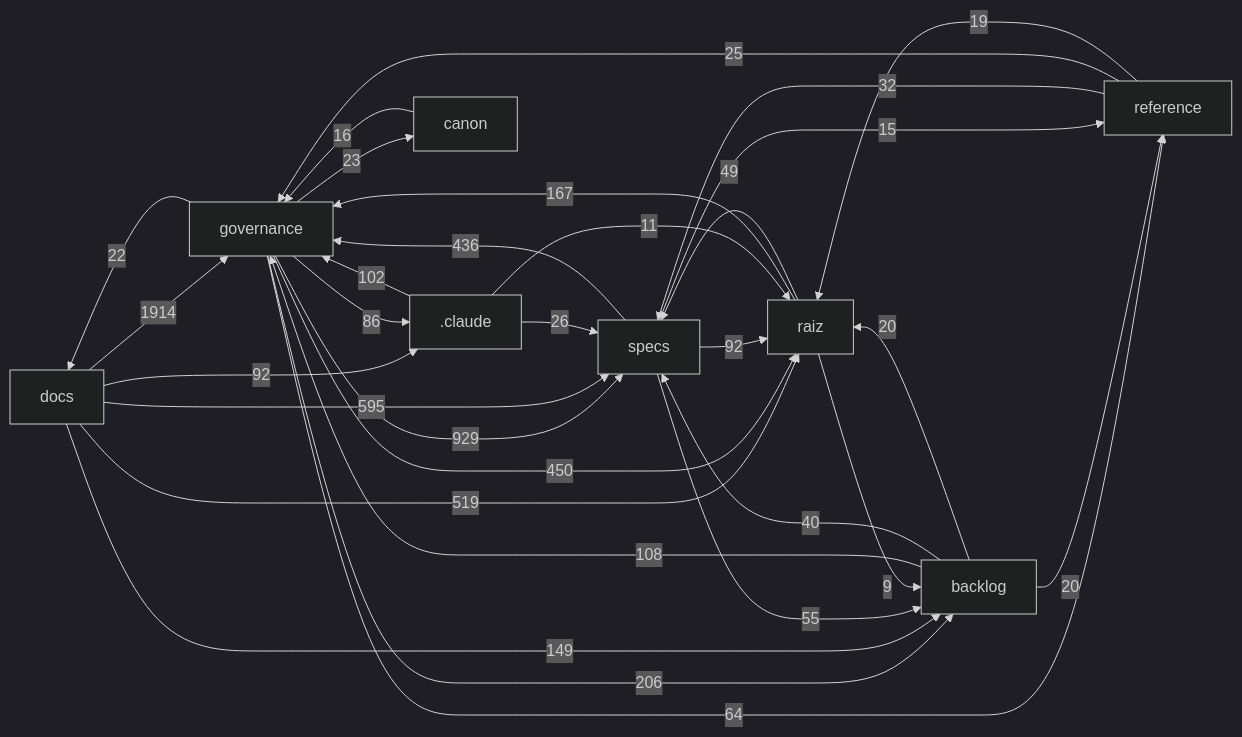
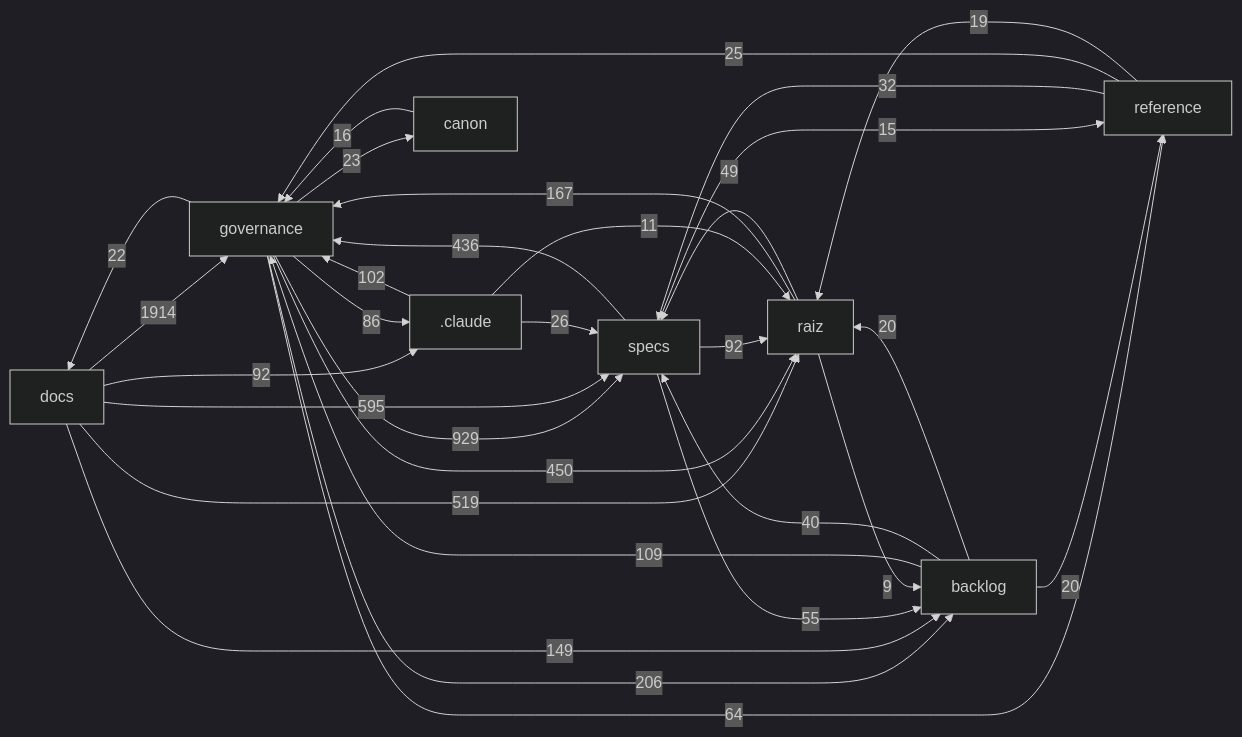
One commit to Andraus35/Sistema-Operacional-de-Trading--SOT changed the diagram in docs/mapa/MAPA-PROJETO.md. Above: the diagram before and after it, drawn with Mermaid (dark theme). The commit also changed other lines of this file and 3 other files, not shown here.

````diff
--- a/docs/mapa/MAPA-PROJETO.md
+++ b/docs/mapa/MAPA-PROJETO.md
@@ -29,33 +29,33 @@
 ```mermaid
 flowchart LR
   docs["docs"] -->|1914| governance["governance"]
   governance["governance"] -->|929| specs["specs"]
   docs["docs"] -->|595| specs["specs"]
   docs["docs"] -->|519| raiz["raiz"]
   governance["governance"] -->|450| raiz["raiz"]
   specs["specs"] -->|436| governance["governance"]
   governance["governance"] -->|206| backlog["backlog"]
   raiz["raiz"] -->|167| governance["governance"]
   docs["docs"] -->|149| backlog["backlog"]
-  backlog["backlog"] -->|108| governance["governance"]
+  backlog["backlog"] -->|109| governance["governance"]
   _claude[".claude"] -->|102| governance["governance"]
   docs["docs"] -->|92| _claude[".claude"]
   specs["specs"] -->|92| raiz["raiz"]
   governance["governance"] -->|86| _claude[".claude"]
   governance["governance"] -->|64| reference["reference"]
   specs["specs"] -->|55| backlog["backlog"]
   raiz["raiz"] -->|49| specs["specs"]
   backlog["backlog"] -->|40| specs["specs"]
   reference["reference"] -->|32| specs["specs"]
   _claude[".claude"] -->|26| specs["specs"]
   reference["reference"] -->|25| governance["governance"]
   governance["governance"] -->|23| canon["canon"]
   governance["governance"] -->|22| docs["docs"]
   backlog["backlog"] -->|20| raiz["raiz"]
   backlog["backlog"] -->|20| reference["reference"]
   reference["reference"] -->|19| raiz["raiz"]
   canon["canon"] -->|16| governance["governance"]
   specs["specs"] -->|15| reference["reference"]
   _claude[".claude"] -->|11| raiz["raiz"]
   raiz["raiz"] -->|9| backlog["backlog"]
 ```
````
